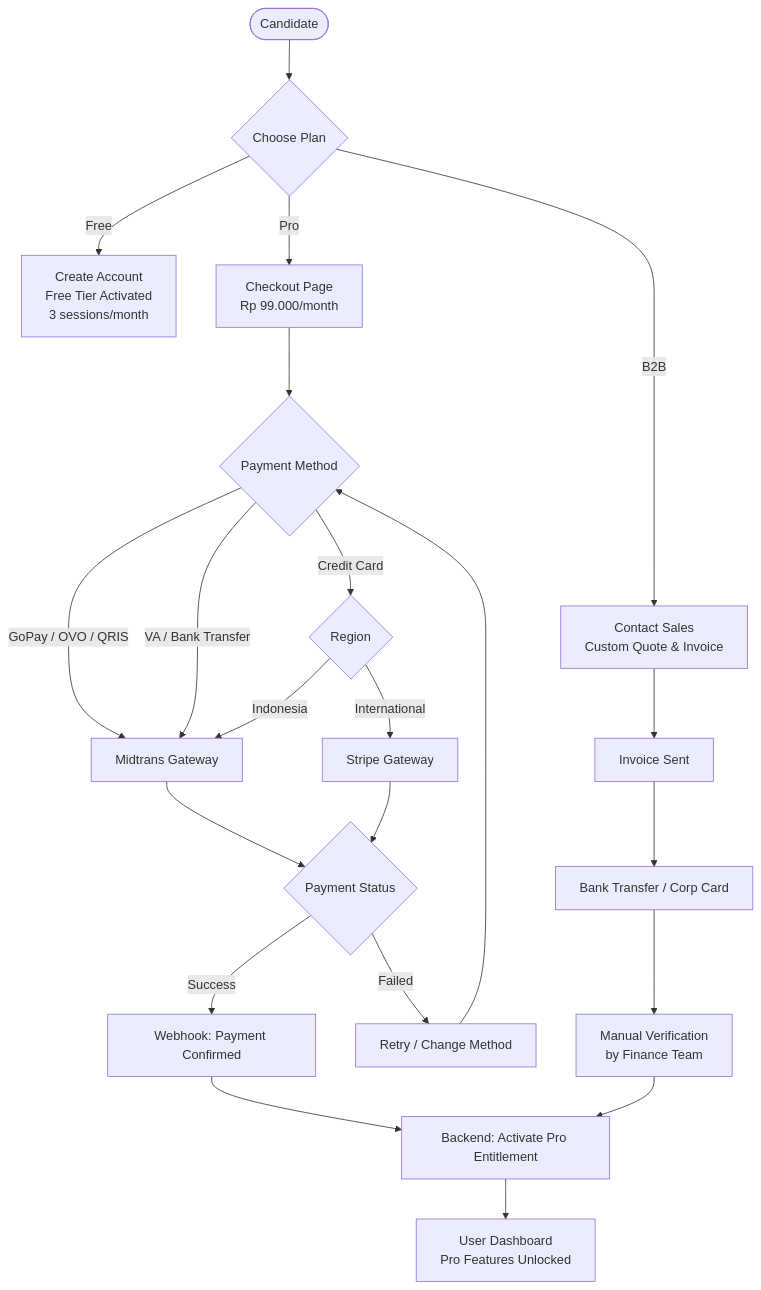
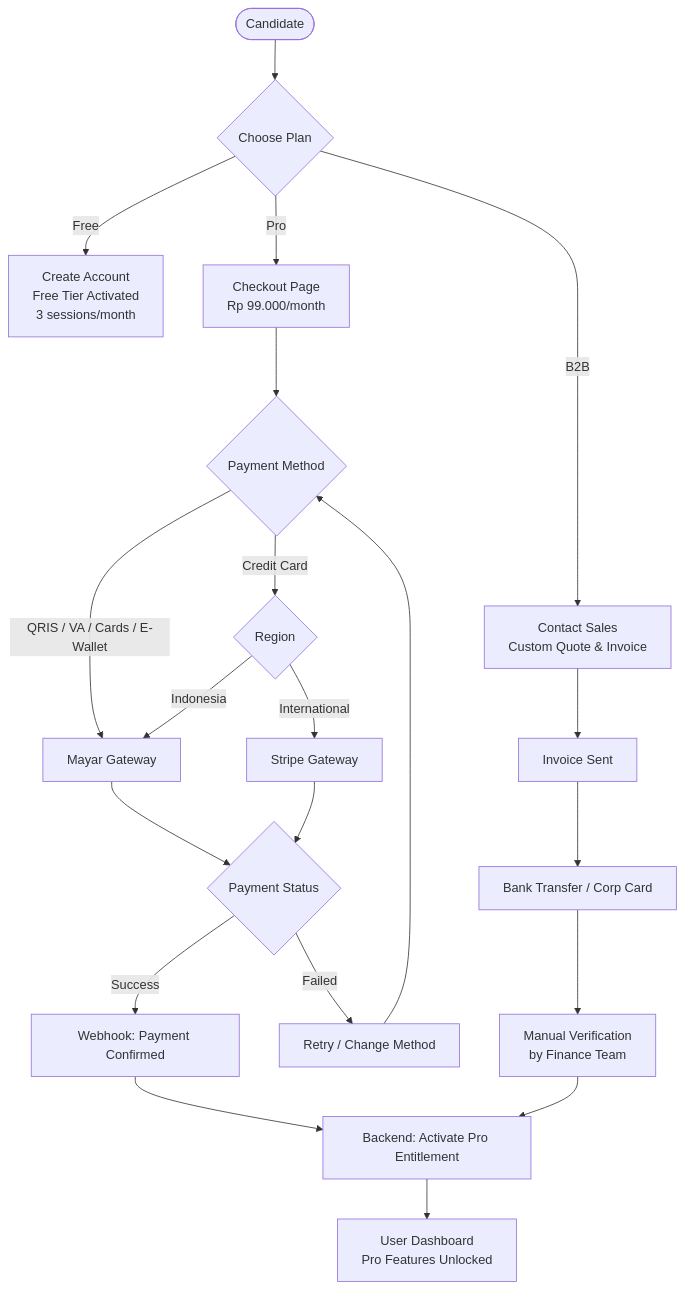
Before and after one commit to vickyvaf/interview-masters: the sixth of 7 diagrams in README.md, drawn with Mermaid. The commit also changed other lines of this file and 2 other files, not shown here.

Commit message:
docs: update spec, diagrams and database attributes to reflect voice focus and Mayar gateway

````diff
--- a/README.md
+++ b/README.md
@@ -333,28 +334,27 @@
 ```mermaid
 flowchart TD
     P1([Candidate]) --> P2{Choose Plan}
     P2 -- Free --> P3[Create Account\nFree Tier Activated\n3 sessions/month]
     P2 -- Pro --> P4[Checkout Page\nRp 99.000/month]
     P2 -- B2B --> P5[Contact Sales\nCustom Quote & Invoice]
 
     P4 --> P6{Payment Method}
-    P6 -- GoPay / OVO / QRIS --> P7[Midtrans Gateway]
-    P6 -- VA / Bank Transfer --> P7
+    P6 -- QRIS / VA / Cards / E-Wallet --> P7[Mayar Gateway]
     P6 -- Credit Card --> P8{Region}
     P8 -- Indonesia --> P7
     P8 -- International --> P9[Stripe Gateway]
 
     P7 --> P10{Payment Status}
     P9 --> P10
     P10 -- Success --> P11[Webhook: Payment Confirmed]
     P10 -- Failed --> P12[Retry / Change Method]
     P12 --> P6
 
     P11 --> P13[Backend: Activate Pro Entitlement]
     P13 --> P14[User Dashboard\nPro Features Unlocked]
 
     P5 --> P15[Invoice Sent]
     P15 --> P16[Bank Transfer / Corp Card]
     P16 --> P17[Manual Verification\nby Finance Team]
     P17 --> P13
 ```
````
